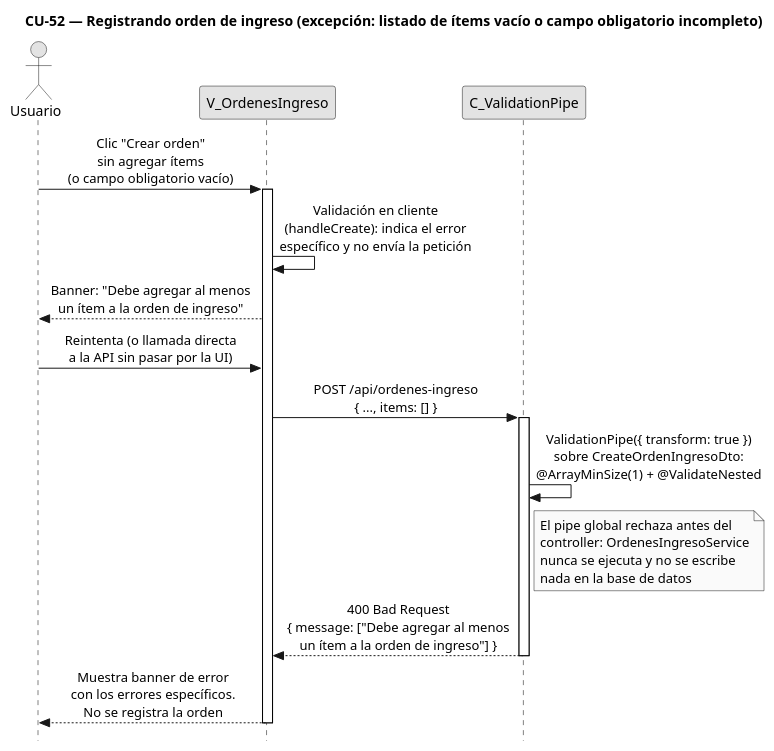
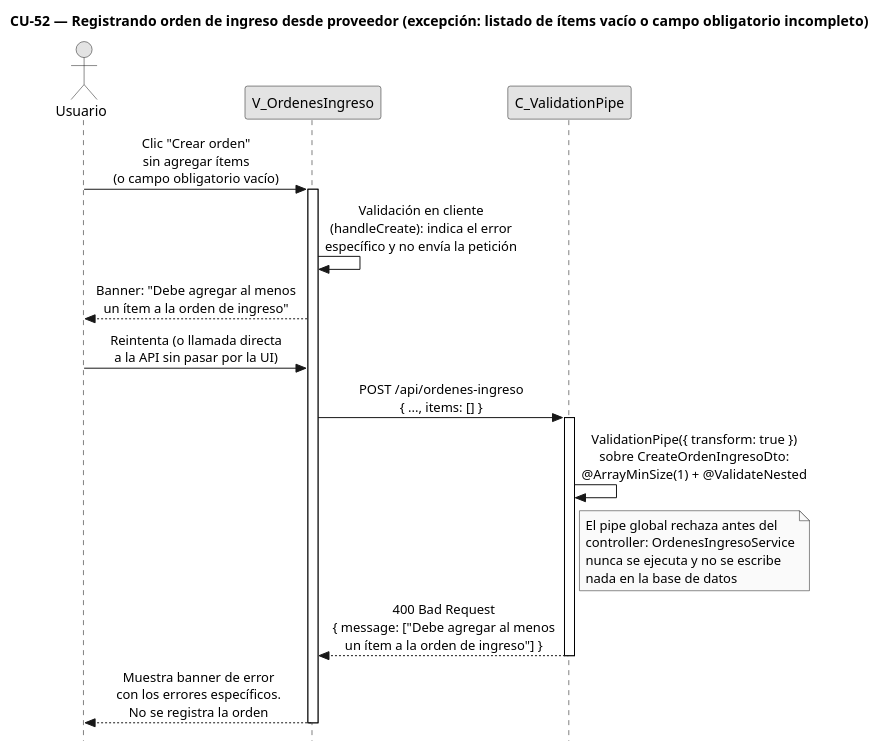
One commit to FSM-Finet-y-Cable-Magico/Team_1-Inventario-y-Bodega changed the diagram in diagramas/diagramas-secuencia/CU52/CU52-exc-items-vacios.puml. Above: the diagram before and after it, drawn with PlantUML. The commit also changed 23 other files, not shown here.

Commit message:
docs(diagramas): agrega el nombre oficial del CU a los títulos de CU-52/54/55/56/58/59/60/62/78/84 (formato incremento 1) y re-render

```diff
--- a/diagramas/diagramas-secuencia/CU52/CU52-exc-items-vacios.puml
+++ b/diagramas/diagramas-secuencia/CU52/CU52-exc-items-vacios.puml
@@ -1,55 +1,55 @@
 @startuml CU52-OrdenIngreso-Exc-ItemsVacios
-title CU-52 — Registrando orden de ingreso (excepción: listado de ítems vacío o campo obligatorio incompleto)
+title CU-52 — Registrando orden de ingreso desde proveedor (excepción: listado de ítems vacío o campo obligatorio incompleto)
 
 skinparam style strictuml
 skinparam monochrome true
 skinparam shadowing false
 skinparam sequenceMessageAlign center
 <style>
 sequenceDiagram {
   participant {
     margin 35
   }
   actor {
     margin 15
   }
 }
 </style>
 skinparam sequence {
   MessageAlign center
   LifeLineBorderColor black
 }
 hide footbox
 
 actor "Usuario" as user
 participant "V_OrdenesIngreso" as view
 participant "C_ValidationPipe" as pipe
 
 user -> view : Clic "Crear orden"\nsin agregar ítems\n(o campo obligatorio vacío)
 activate view
 
 view -> view : Validación en cliente\n(handleCreate): indica el error\nespecífico y no envía la petición
 
 view --> user : Banner: "Debe agregar al menos\nun ítem a la orden de ingreso"
 
 user -> view : Reintenta (o llamada directa\na la API sin pasar por la UI)
 
 view -> pipe : POST /api/ordenes-ingreso\n{ ..., items: [] }
 activate pipe
 
 pipe -> pipe : ValidationPipe({ transform: true })\nsobre CreateOrdenIngresoDto:\n@ArrayMinSize(1) + @ValidateNested
 
 note right of pipe
   El pipe global rechaza antes del
   controller: OrdenesIngresoService
   nunca se ejecuta y no se escribe
   nada en la base de datos
 end note
 
 pipe --> view : 400 Bad Request\n{ message: ["Debe agregar al menos\nun ítem a la orden de ingreso"] }
 deactivate pipe
 
 view --> user : Muestra banner de error\ncon los errores específicos.\nNo se registra la orden
 deactivate view
 
 @enduml
```
